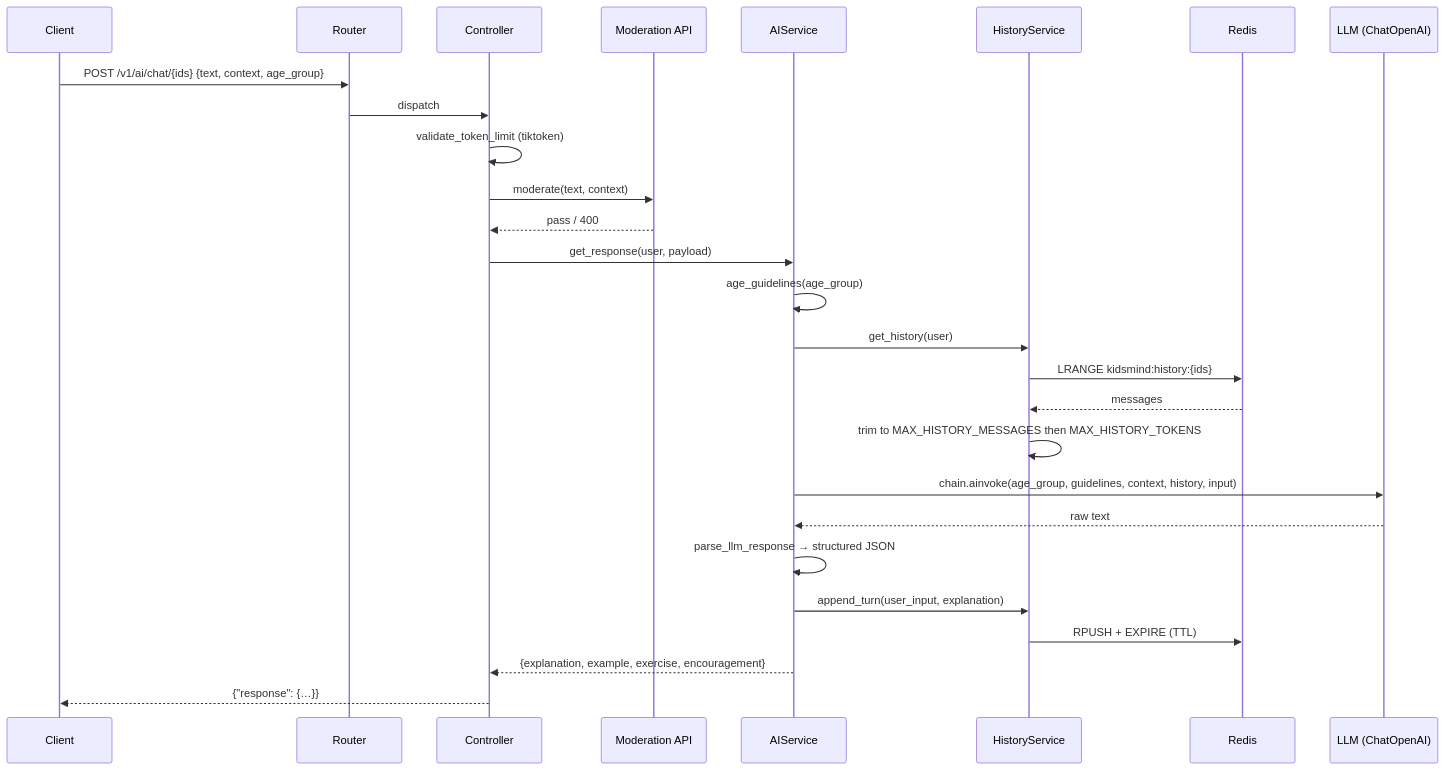
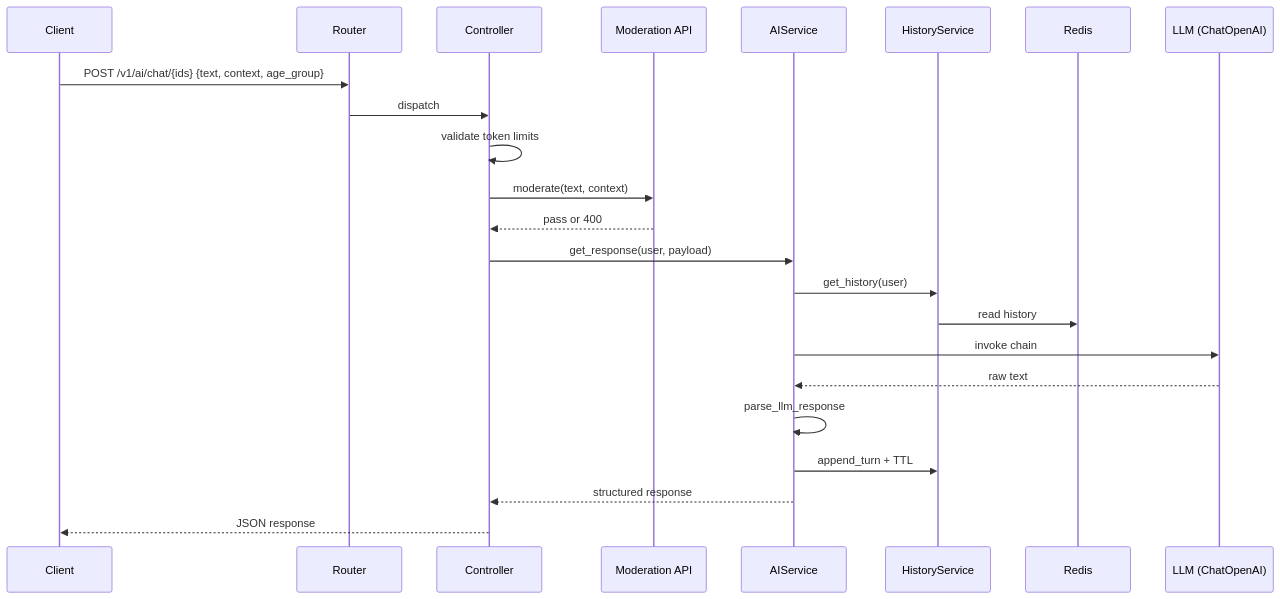
The second of 2 diagrams in Services/AI/README.md (KlaiAhmed/KidsMind-temp), drawn with Mermaid before and after one commit. The commit also changed other lines of this file and 1 other file, not shown here.

````diff
--- a/Services/AI/README.md
+++ b/Services/AI/README.md
@@ -88,31 +72,27 @@
 ```mermaid
 sequenceDiagram
     participant C as Client
     participant R as Router
     participant CT as Controller
     participant M as Moderation API
     participant AI as AIService
     participant H as HistoryService
     participant RD as Redis
     participant LLM as LLM (ChatOpenAI)
 
     C->>R: POST /v1/ai/chat/{ids} {text, context, age_group}
     R->>CT: dispatch
-    CT->>CT: validate_token_limit (tiktoken)
+    CT->>CT: validate token limits
     CT->>M: moderate(text, context)
-    M-->>CT: pass / 400
+    M-->>CT: pass or 400
 
     CT->>AI: get_response(user, payload)
-    AI->>AI: age_guidelines(age_group)
     AI->>H: get_history(user)
-    H->>RD: LRANGE kidsmind:history:{ids}
-    RD-->>H: messages
-    H->>H: trim to MAX_HISTORY_MESSAGES then MAX_HISTORY_TOKENS
-    AI->>LLM: chain.ainvoke(age_group, guidelines, context, history, input)
+    H->>RD: read history
+    AI->>LLM: invoke chain
     LLM-->>AI: raw text
-    AI->>AI: parse_llm_response → structured JSON
-    AI->>H: append_turn(user_input, explanation)
-    H->>RD: RPUSH + EXPIRE (TTL)
-    AI-->>CT: {explanation, example, exercise, encouragement}
-    CT-->>C: {"response": {…}}
+    AI->>AI: parse_llm_response
+    AI->>H: append_turn + TTL
+    AI-->>CT: structured response
+    CT-->>C: JSON response
 ```
````
